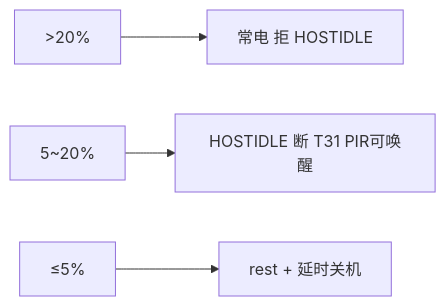
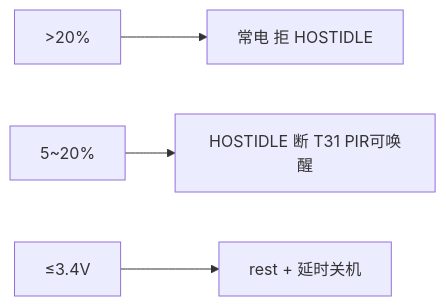
The diagram in doc/CONFIG.md (dzr1986/AIR780EHM), drawn with Mermaid before and after one commit. The commit also changed other lines of this file and 327 other files, not shown here.

````diff
--- a/doc/CONFIG.md
+++ b/doc/CONFIG.md
@@ -142,6 +144,6 @@
 ```mermaid
 flowchart LR
     A[>20%] --> B[常电 拒 HOSTIDLE]
     C[5~20%] --> D[HOSTIDLE 断 T31 PIR可唤醒]
-    E[≤5%] --> F[rest + 延时关机]
+    E[≤3.4V] --> F[rest + 延时关机]
 ```
````
